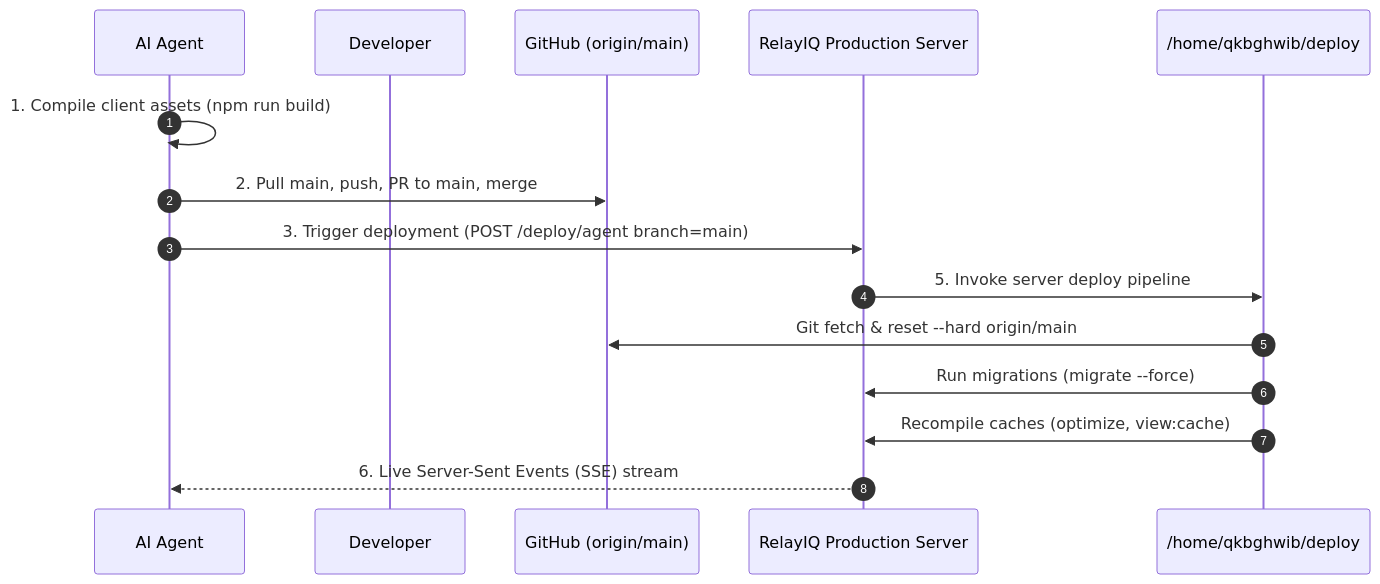
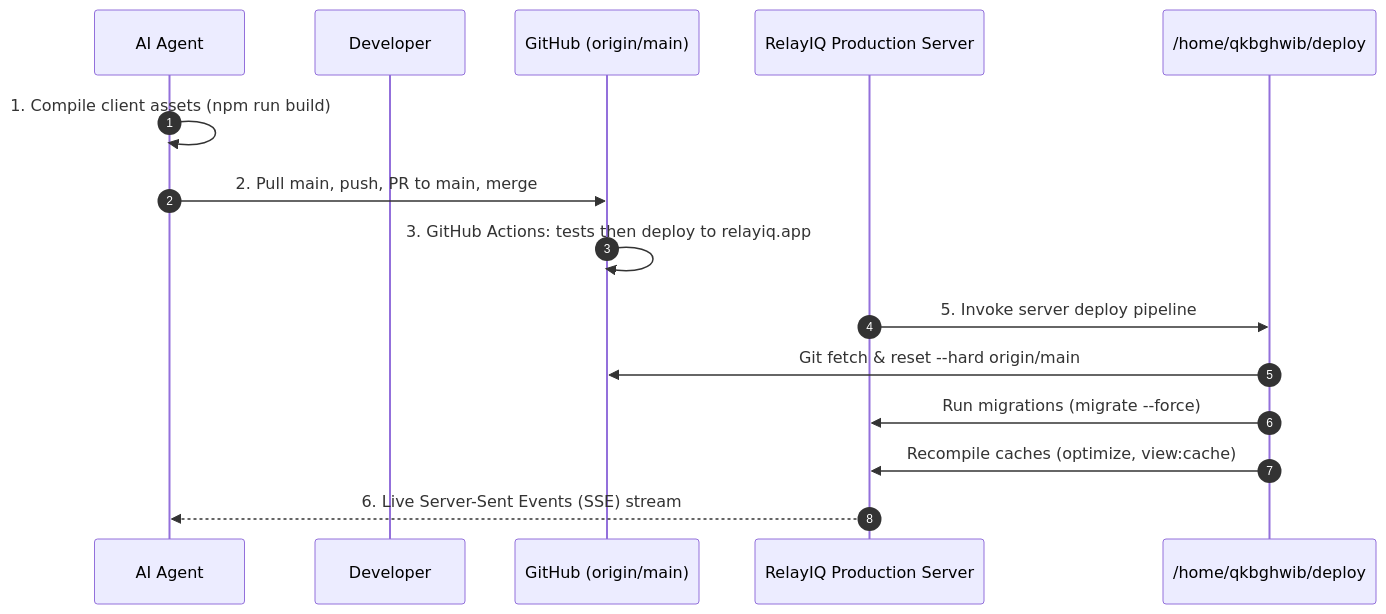
The diagram in docs/technical/AGENT_DEPLOYMENT_GUIDE.md (ManStevoh/SAVIT_CHAT_BOT_SYSTEM), drawn with Mermaid before and after one commit. The commit also changed other lines of this file and 16 other files, not shown here.

````diff
--- a/docs/technical/AGENT_DEPLOYMENT_GUIDE.md
+++ b/docs/technical/AGENT_DEPLOYMENT_GUIDE.md
@@ -20,18 +20,18 @@
 ```mermaid
 sequenceDiagram
     autonumber
     participant Agent as AI Agent
     participant Dev as Developer
     participant Git as GitHub (origin/main)
     participant Server as RelayIQ Production Server
     participant Script as /home/qkbghwib/deploy
 
     Agent->>Agent: 1. Compile client assets (npm run build)
     Agent->>Git: 2. Pull main, push, PR to main, merge
-    Agent->>Server: 3. Trigger deployment (POST /deploy/agent branch=main)
+    Git->>Git: 3. GitHub Actions: tests then deploy to relayiq.app
     Server->>Script: 5. Invoke server deploy pipeline
     Script->>Git: Git fetch & reset --hard origin/main
     Script->>Server: Run migrations (migrate --force)
     Script->>Server: Recompile caches (optimize, view:cache)
     Server-->>Agent: 6. Live Server-Sent Events (SSE) stream
 ```
````
